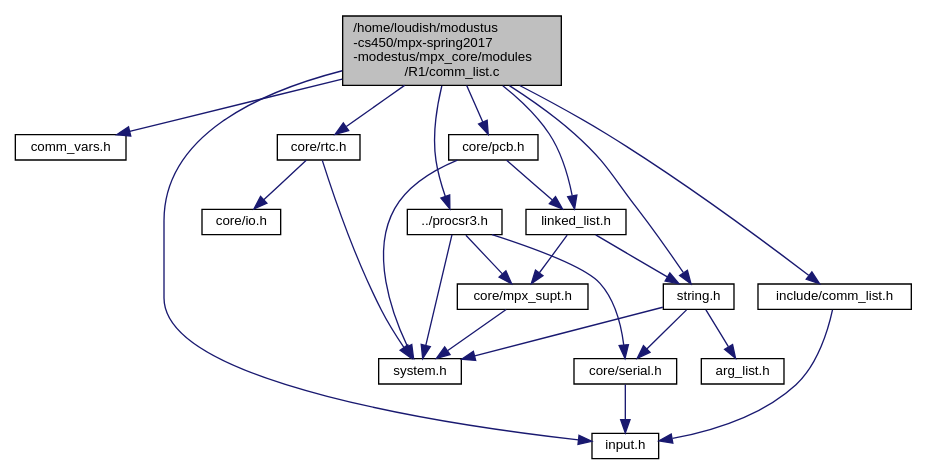
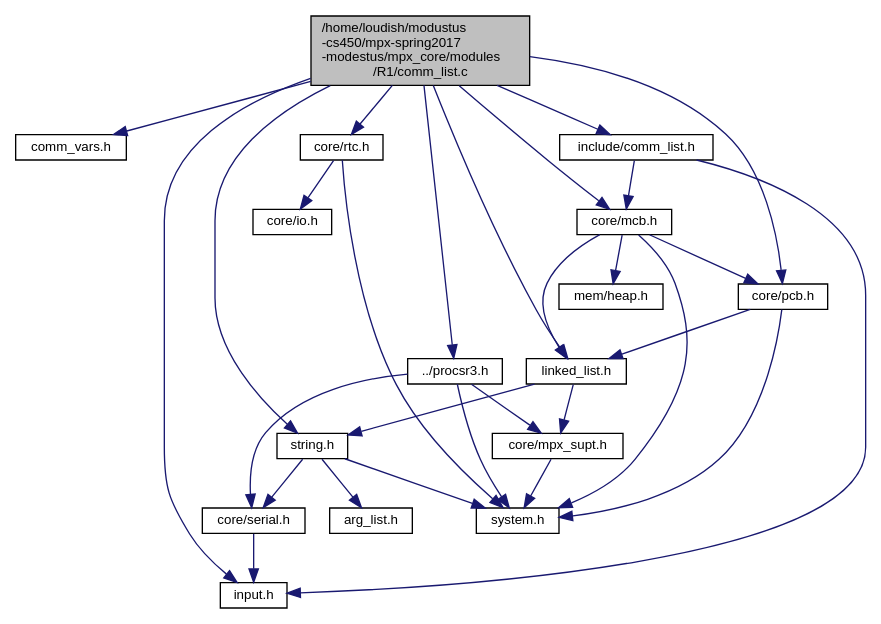
One commit to mpgramlich/mpgramlich.github.io changed the diagram in comm__list_8c__incl.dot. Above: the diagram before and after it, drawn with Graphviz. The commit also changed 259 other files, not shown here.

```diff
--- a/comm__list_8c__incl.dot
+++ b/comm__list_8c__incl.dot
@@ -1,42 +1,50 @@
 digraph "/home/loudish/modustus-cs450/mpx-spring2017-modestus/mpx_core/modules/R1/comm_list.c"
 {
   edge [fontname="Helvetica",fontsize="10",labelfontname="Helvetica",labelfontsize="10"];
   node [fontname="Helvetica",fontsize="10",shape=record];
   Node1 [label="/home/loudish/modustus\l-cs450/mpx-spring2017\l-modestus/mpx_core/modules\l/R1/comm_list.c",height=0.2,width=0.4,color="black", fillcolor="grey75", style="filled", fontcolor="black"];
   Node1 -> Node2 [color="midnightblue",fontsize="10",style="solid",fontname="Helvetica"];
   Node2 [label="comm_vars.h",height=0.2,width=0.4,color="black", fillcolor="white", style="filled",URL="$comm__vars_8h.html"];
   Node1 -> Node3 [color="midnightblue",fontsize="10",style="solid",fontname="Helvetica"];
   Node3 [label="core/rtc.h",height=0.2,width=0.4,color="black", fillcolor="white", style="filled",URL="$rtc_8h.html"];
   Node3 -> Node4 [color="midnightblue",fontsize="10",style="solid",fontname="Helvetica"];
   Node4 [label="core/io.h",height=0.2,width=0.4,color="black", fillcolor="white", style="filled",URL="$io_8h.html"];
   Node3 -> Node5 [color="midnightblue",fontsize="10",style="solid",fontname="Helvetica"];
   Node5 [label="system.h",height=0.2,width=0.4,color="black", fillcolor="white", style="filled",URL="$system_8h.html"];
   Node1 -> Node6 [color="midnightblue",fontsize="10",style="solid",fontname="Helvetica"];
   Node6 [label="string.h",height=0.2,width=0.4,color="black", fillcolor="white", style="filled",URL="$string_8h.html"];
   Node6 -> Node5 [color="midnightblue",fontsize="10",style="solid",fontname="Helvetica"];
   Node6 -> Node7 [color="midnightblue",fontsize="10",style="solid",fontname="Helvetica"];
   Node7 [label="arg_list.h",height=0.2,width=0.4,color="black", fillcolor="white", style="filled",URL="$arg__list_8h.html"];
   Node6 -> Node8 [color="midnightblue",fontsize="10",style="solid",fontname="Helvetica"];
   Node8 [label="core/serial.h",height=0.2,width=0.4,color="black", fillcolor="white", style="filled",URL="$serial_8h.html"];
   Node8 -> Node9 [color="midnightblue",fontsize="10",style="solid",fontname="Helvetica"];
   Node9 [label="input.h",height=0.2,width=0.4,color="black", fillcolor="white", style="filled",URL="$input_8h.html"];
   Node1 -> Node9 [color="midnightblue",fontsize="10",style="solid",fontname="Helvetica"];
   Node1 -> Node10 [color="midnightblue",fontsize="10",style="solid",fontname="Helvetica"];
   Node10 [label="include/comm_list.h",height=0.2,width=0.4,color="black", fillcolor="white", style="filled",URL="$comm__list_8h.html"];
-  Node10 -> Node9 [color="midnightblue",fontsize="10",style="solid",fontname="Helvetica"];
-  Node1 -> Node11 [color="midnightblue",fontsize="10",style="solid",fontname="Helvetica"];
-  Node11 [label="core/pcb.h",height=0.2,width=0.4,color="black", fillcolor="white", style="filled",URL="$pcb_8h.html"];
+  Node10 -> Node11 [color="midnightblue",fontsize="10",style="solid",fontname="Helvetica"];
+  Node11 [label="core/mcb.h",height=0.2,width=0.4,color="black", fillcolor="white", style="filled",URL="$mcb_8h.html"];
   Node11 -> Node5 [color="midnightblue",fontsize="10",style="solid",fontname="Helvetica"];
   Node11 -> Node12 [color="midnightblue",fontsize="10",style="solid",fontname="Helvetica"];
-  Node12 [label="linked_list.h",height=0.2,width=0.4,color="black", fillcolor="white", style="filled",URL="$linked__list_8h.html"];
-  Node12 -> Node6 [color="midnightblue",fontsize="10",style="solid",fontname="Helvetica"];
-  Node12 -> Node13 [color="midnightblue",fontsize="10",style="solid",fontname="Helvetica"];
-  Node13 [label="core/mpx_supt.h",height=0.2,width=0.4,color="black", fillcolor="white", style="filled",URL="$mpx__supt_8h.html"];
+  Node12 [label="mem/heap.h",height=0.2,width=0.4,color="black", fillcolor="white", style="filled",URL="$heap_8h.html"];
+  Node11 -> Node13 [color="midnightblue",fontsize="10",style="solid",fontname="Helvetica"];
+  Node13 [label="core/pcb.h",height=0.2,width=0.4,color="black", fillcolor="white", style="filled",URL="$pcb_8h.html"];
   Node13 -> Node5 [color="midnightblue",fontsize="10",style="solid",fontname="Helvetica"];
-  Node1 -> Node12 [color="midnightblue",fontsize="10",style="solid",fontname="Helvetica"];
+  Node13 -> Node14 [color="midnightblue",fontsize="10",style="solid",fontname="Helvetica"];
+  Node14 [label="linked_list.h",height=0.2,width=0.4,color="black", fillcolor="white", style="filled",URL="$linked__list_8h.html"];
+  Node14 -> Node6 [color="midnightblue",fontsize="10",style="solid",fontname="Helvetica"];
+  Node14 -> Node15 [color="midnightblue",fontsize="10",style="solid",fontname="Helvetica"];
+  Node15 [label="core/mpx_supt.h",height=0.2,width=0.4,color="black", fillcolor="white", style="filled",URL="$mpx__supt_8h.html"];
+  Node15 -> Node5 [color="midnightblue",fontsize="10",style="solid",fontname="Helvetica"];
+  Node11 -> Node14 [color="midnightblue",fontsize="10",style="solid",fontname="Helvetica"];
+  Node10 -> Node9 [color="midnightblue",fontsize="10",style="solid",fontname="Helvetica"];
+  Node1 -> Node13 [color="midnightblue",fontsize="10",style="solid",fontname="Helvetica"];
   Node1 -> Node14 [color="midnightblue",fontsize="10",style="solid",fontname="Helvetica"];
-  Node14 [label="../procsr3.h",height=0.2,width=0.4,color="black", fillcolor="white", style="filled",URL="$procsr3_8h.html"];
-  Node14 -> Node5 [color="midnightblue",fontsize="10",style="solid",fontname="Helvetica"];
-  Node14 -> Node8 [color="midnightblue",fontsize="10",style="solid",fontname="Helvetica"];
-  Node14 -> Node13 [color="midnightblue",fontsize="10",style="solid",fontname="Helvetica"];
+  Node1 -> Node11 [color="midnightblue",fontsize="10",style="solid",fontname="Helvetica"];
+  Node1 -> Node16 [color="midnightblue",fontsize="10",style="solid",fontname="Helvetica"];
+  Node16 [label="../procsr3.h",height=0.2,width=0.4,color="black", fillcolor="white", style="filled",URL="$procsr3_8h.html"];
+  Node16 -> Node5 [color="midnightblue",fontsize="10",style="solid",fontname="Helvetica"];
+  Node16 -> Node8 [color="midnightblue",fontsize="10",style="solid",fontname="Helvetica"];
+  Node16 -> Node15 [color="midnightblue",fontsize="10",style="solid",fontname="Helvetica"];
 }
```
